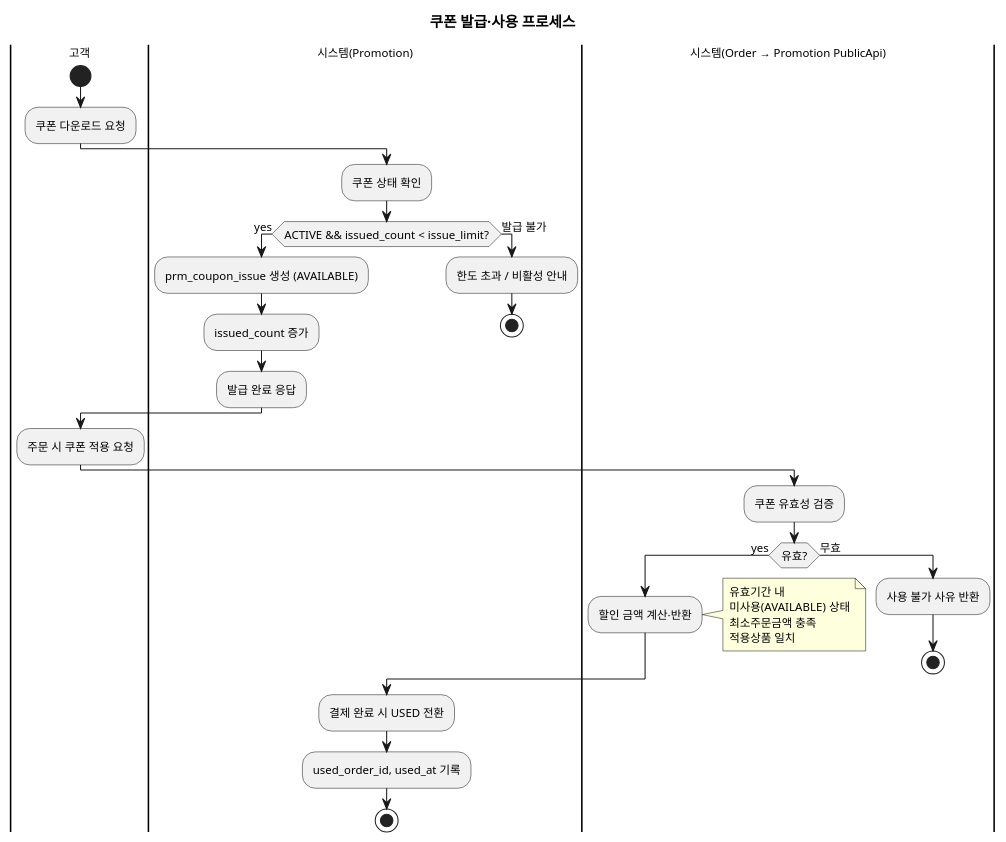
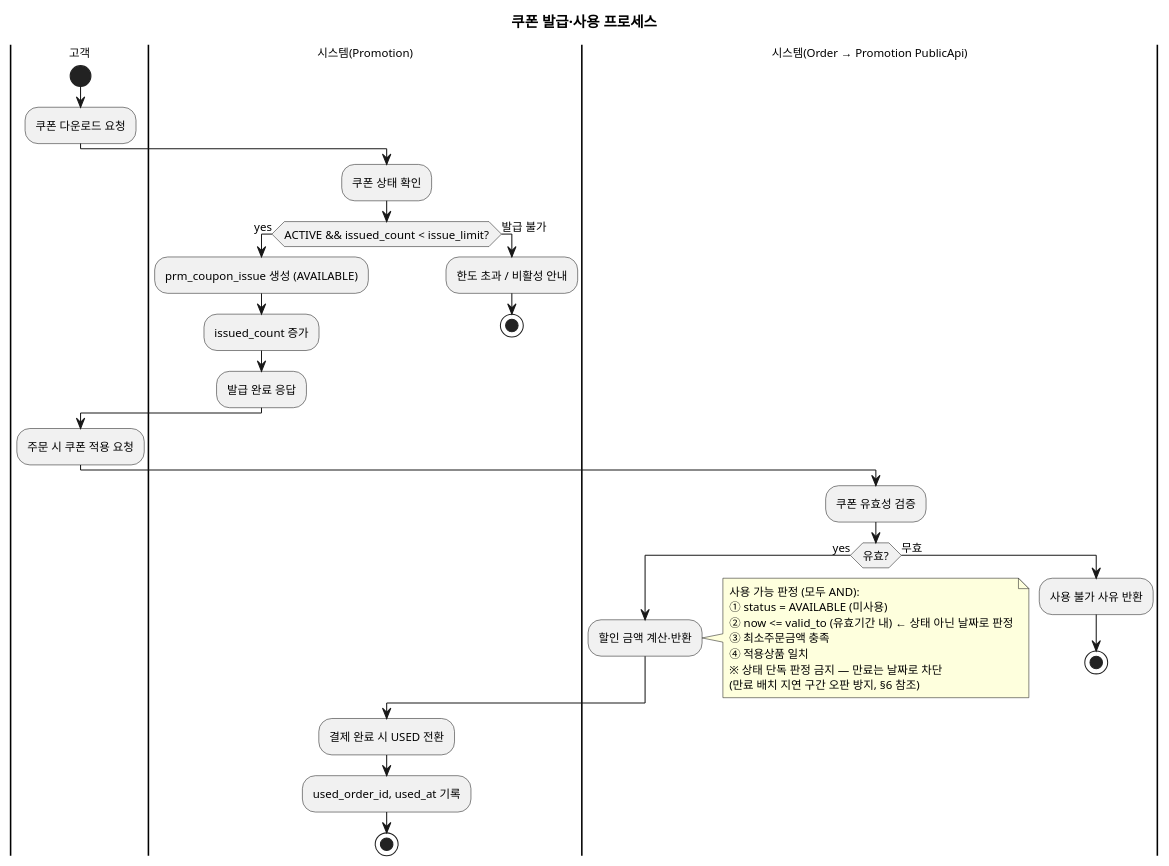
Before and after one commit to parknahyun/runNShop: the third of 8 diagrams in docs/자산화-단계별/S2-구조설계/DH-비즈니스프로세스(Promotion).md, drawn with PlantUML. The commit also changed other lines of this file and 4 other files, not shown here.

````diff
--- a/docs/자산화-단계별/S2-구조설계/DH-비즈니스프로세스(Promotion).md
+++ b/docs/자산화-단계별/S2-구조설계/DH-비즈니스프로세스(Promotion).md
@@ -113,43 +113,51 @@
 ```plantuml
 @startuml
 skinparam backgroundColor transparent
 skinparam defaultFontSize 11
 title 쿠폰 발급·사용 프로세스
 
 |고객|
 start
 :쿠폰 다운로드 요청;
 
 |시스템(Promotion)|
 :쿠폰 상태 확인;
 
 if (ACTIVE && issued_count < issue_limit?) then (yes)
   :prm_coupon_issue 생성 (AVAILABLE);
   :issued_count 증가;
   :발급 완료 응답;
 else (발급 불가)
   :한도 초과 / 비활성 안내;
   stop
 endif
 
 |고객|
 :주문 시 쿠폰 적용 요청;
 
 |시스템(Order → Promotion PublicApi)|
 :쿠폰 유효성 검증;
 
 if (유효?) then (yes)
   :할인 금액 계산·반환;
-  note right: 유효기간 내\n미사용(AVAILABLE) 상태\n최소주문금액 충족\n적용상품 일치
+  note right
+    사용 가능 판정 (모두 AND):
+    ① status = AVAILABLE (미사용)
+    ② now <= valid_to (유효기간 내)  ← 상태 아닌 날짜로 판정
+    ③ 최소주문금액 충족
+    ④ 적용상품 일치
+    ※ 상태 단독 판정 금지 — 만료는 날짜로 차단
+    (만료 배치 지연 구간 오판 방지, §6 참조)
+  end note
 else (무효)
   :사용 불가 사유 반환;
   stop
 endif
 
 |시스템(Promotion)|
 :결제 완료 시 USED 전환;
 :used_order_id, used_at 기록;
 stop
 
 @enduml
 ```
````
